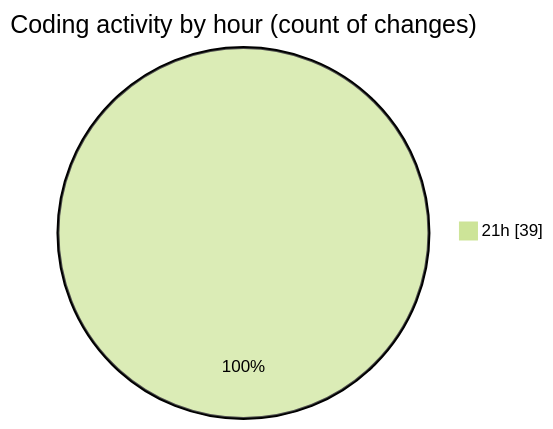
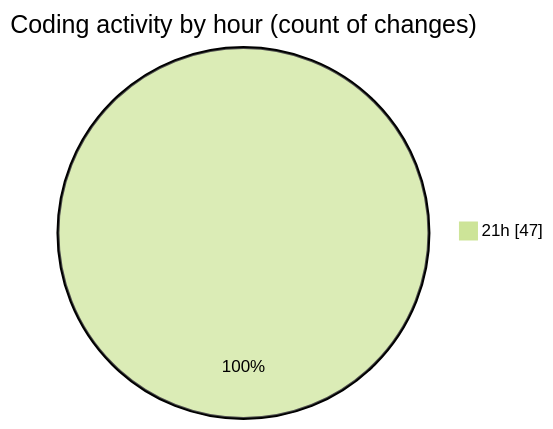
Before and after one commit to Netris89/code-tracking: the second of 2 diagrams in 2025-03-26/echo/README.md, drawn with Mermaid (forest theme). The commit also changed other lines of this file and 1 other file, not shown here.

````diff
--- a/2025-03-26/echo/README.md
+++ b/2025-03-26/echo/README.md
@@ -34,5 +34,5 @@
 ```mermaid
 pie showData
 title Coding activity by hour (count of changes)
-"21h" : 39
+"21h" : 47
 ```
````
